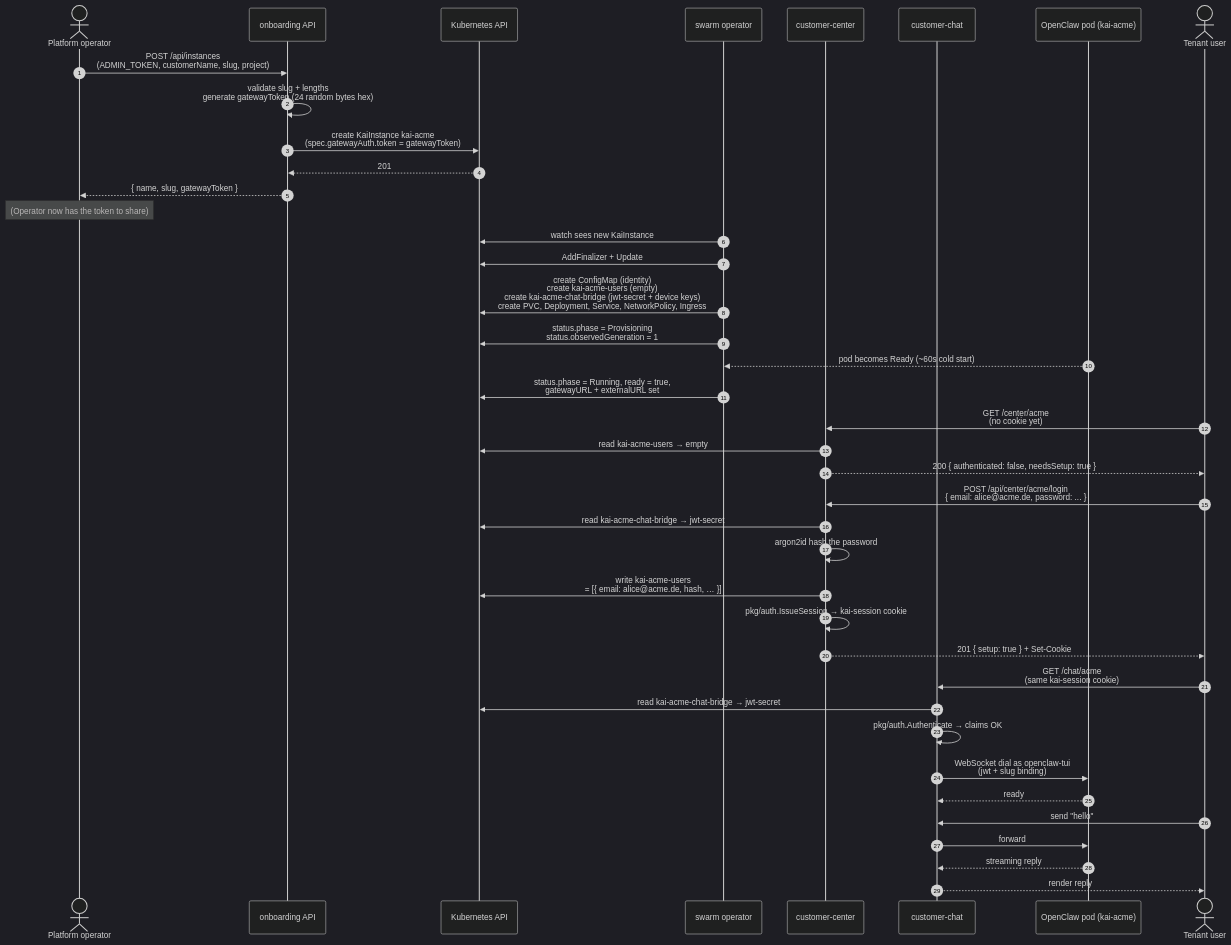
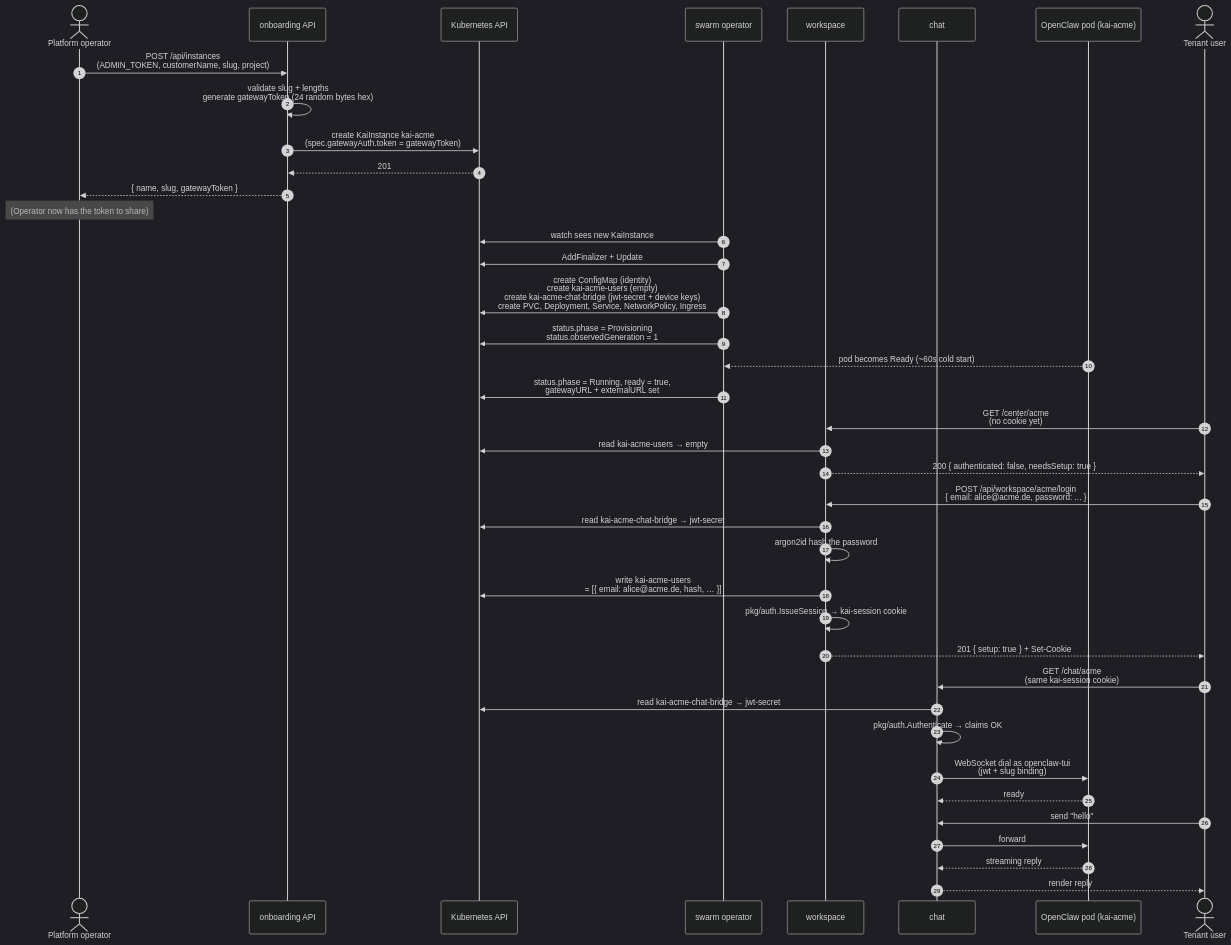
One commit to RaaSaaR-org/openclaw-swarm changed the diagram in docs/architecture.md. Above: the diagram before and after it, drawn with Mermaid (dark theme). The commit also changed other lines of this file and 151 other files, not shown here.

First line of the commit message:
feat(workspace): rename customer-* to workspace/chat + agent editor Phase A (TASK-025, TASK-026)

````diff
--- a/docs/architecture.md
+++ b/docs/architecture.md
@@ -58,47 +58,47 @@
 ```mermaid
 sequenceDiagram
     autonumber
     actor Op as Platform operator
     participant Onb as onboarding API
     participant K8s as Kubernetes API
     participant Op2 as swarm operator
-    participant Center as customer-center
-    participant Chat as customer-chat
+    participant Center as workspace
+    participant Chat as chat
     participant Kai as OpenClaw pod (kai-acme)
     actor Tenant as Tenant user
 
     Op->>Onb: POST /api/instances<br/>(ADMIN_TOKEN, customerName, slug, project)
     Onb->>Onb: validate slug + lengths<br/>generate gatewayToken (24 random bytes hex)
     Onb->>K8s: create KaiInstance kai-acme<br/>(spec.gatewayAuth.token = gatewayToken)
     K8s-->>Onb: 201
     Onb-->>Op: { name, slug, gatewayToken }
     Note over Op: (Operator now has the token to share)
 
     Op2->>K8s: watch sees new KaiInstance
     Op2->>K8s: AddFinalizer + Update
     Op2->>K8s: create ConfigMap (identity)<br/>create kai-acme-users (empty)<br/>create kai-acme-chat-bridge (jwt-secret + device keys)<br/>create PVC, Deployment, Service, NetworkPolicy, Ingress
     Op2->>K8s: status.phase = Provisioning<br/>status.observedGeneration = 1
 
     Kai-->>Op2: pod becomes Ready (~60s cold start)
     Op2->>K8s: status.phase = Running, ready = true,<br/>gatewayURL + externalURL set
 
     Tenant->>Center: GET /center/acme<br/>(no cookie yet)
     Center->>K8s: read kai-acme-users → empty
     Center-->>Tenant: 200 { authenticated: false, needsSetup: true }
-    Tenant->>Center: POST /api/center/acme/login<br/>{ email: alice@acme.de, password: ... }
+    Tenant->>Center: POST /api/workspace/acme/login<br/>{ email: alice@acme.de, password: ... }
     Center->>K8s: read kai-acme-chat-bridge → jwt-secret
     Center->>Center: argon2id hash the password
     Center->>K8s: write kai-acme-users<br/>= [{ email: alice@acme.de, hash, … }]
     Center->>Center: pkg/auth.IssueSession → kai-session cookie
     Center-->>Tenant: 201 { setup: true } + Set-Cookie
 
     Tenant->>Chat: GET /chat/acme<br/>(same kai-session cookie)
     Chat->>K8s: read kai-acme-chat-bridge → jwt-secret
     Chat->>Chat: pkg/auth.Authenticate → claims OK
     Chat->>Kai: WebSocket dial as openclaw-tui<br/>(jwt + slug binding)
     Kai-->>Chat: ready
     Tenant->>Chat: send "hello"
     Chat->>Kai: forward
     Kai-->>Chat: streaming reply
     Chat-->>Tenant: render reply
 ```
````
